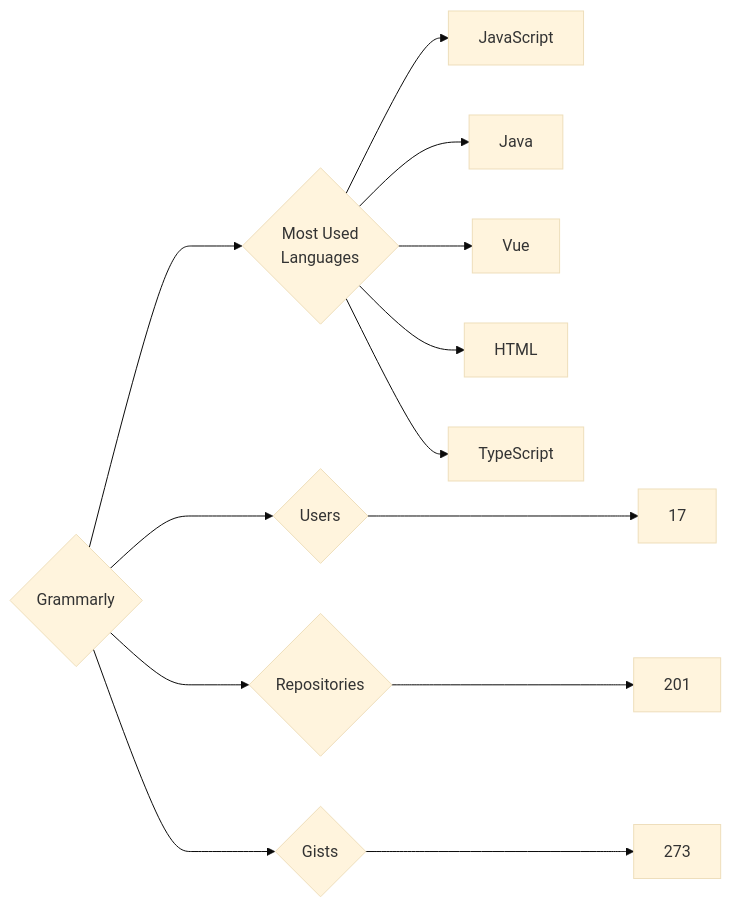
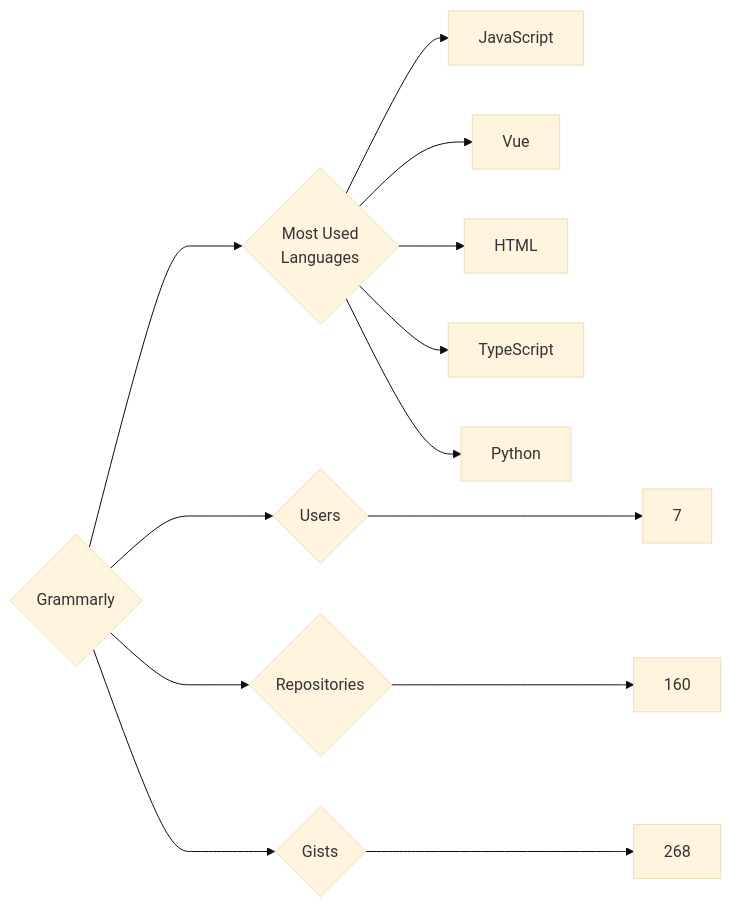
Before and after one commit to trickest/insiders: the diagram in targets/Grammarly/README.md, drawn with Mermaid (base theme). The commit also changed 640 other files, not shown here.

````diff
--- a/targets/Grammarly/README.md
+++ b/targets/Grammarly/README.md
@@ -3,13 +3,13 @@
 ```mermaid
 graph LR
 COMPANY_NAME{Grammarly}
-COMPANY_NAME ---> U{Users} ---> UN[17]
-COMPANY_NAME ---> R{Repositories} ---> RN[201]
-COMPANY_NAME ---> G{Gists} ---> GN[273]
+COMPANY_NAME ---> U{Users} ---> UN[7]
+COMPANY_NAME ---> R{Repositories} ---> RN[160]
+COMPANY_NAME ---> G{Gists} ---> GN[268]
 COMPANY_NAME ---> ML{Most Used<br>Languages}
 ML --> JavaScript[JavaScript]
-ML --> Java[Java]
 ML --> Vue[Vue]
 ML --> HTML[HTML]
 ML --> TypeScript[TypeScript]
+ML --> Python[Python]
 ```
````
